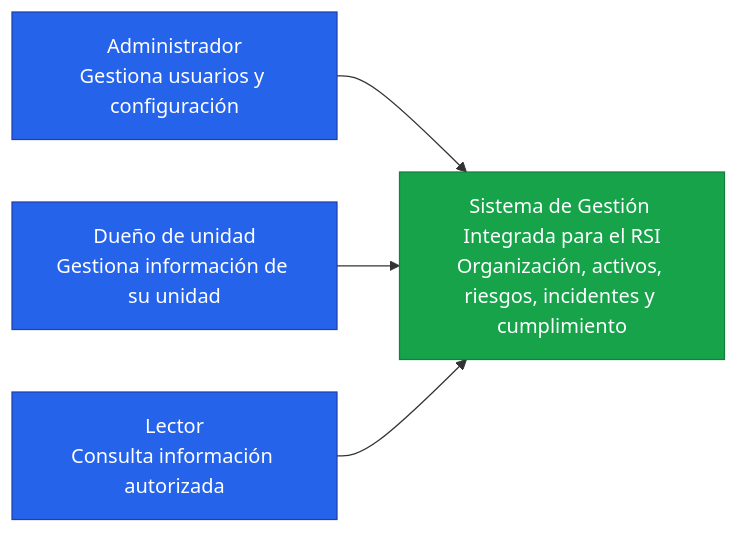
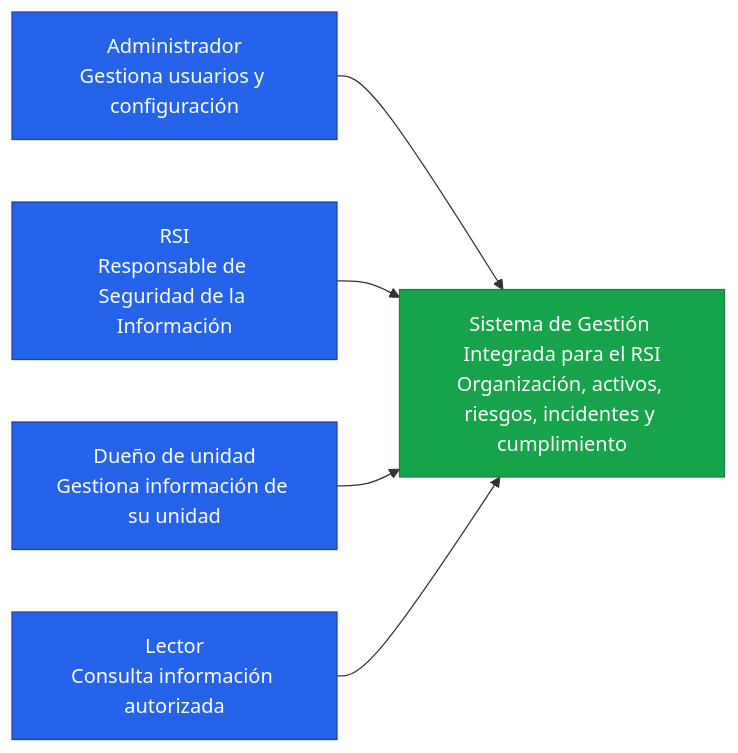
The first of 3 diagrams in docs/00-arquitectura.md (DieAndres/sistema-rsi), drawn with Mermaid before and after one commit. The commit also changed other lines of this file and 2 other files, not shown here.

````diff
--- a/docs/00-arquitectura.md
+++ b/docs/00-arquitectura.md
@@ -19,15 +20,17 @@
 ```mermaid
 flowchart LR
     Admin[Administrador<br/>Gestiona usuarios y configuración]
+    RSI[RSI<br/>Responsable de Seguridad de la Información]
     Dueño[Dueño de unidad<br/>Gestiona información de su unidad]
     Lector[Lector<br/>Consulta información autorizada]
     Sistema[Sistema de Gestión Integrada para el RSI<br/>Organización, activos, riesgos, incidentes y cumplimiento]
     Admin --> Sistema
+    RSI --> Sistema
     Dueño --> Sistema
     Lector --> Sistema
 
     classDef actor fill:#2563eb,color:#fff,stroke:#1e40af
     classDef system fill:#16a34a,color:#fff,stroke:#15803d
-    class Admin,Dueño,Lector actor
+    class Admin,RSI,Dueño,Lector actor
     class Sistema system
 ```
````
